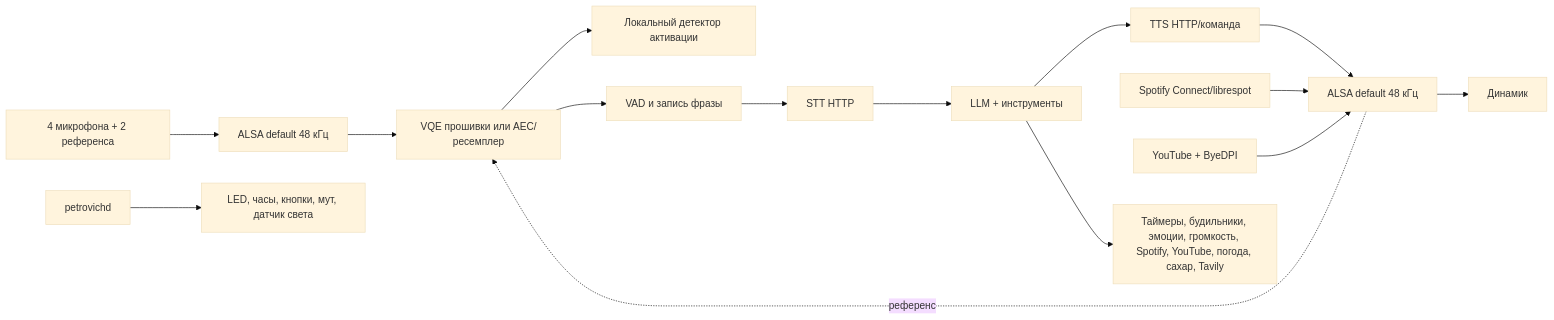
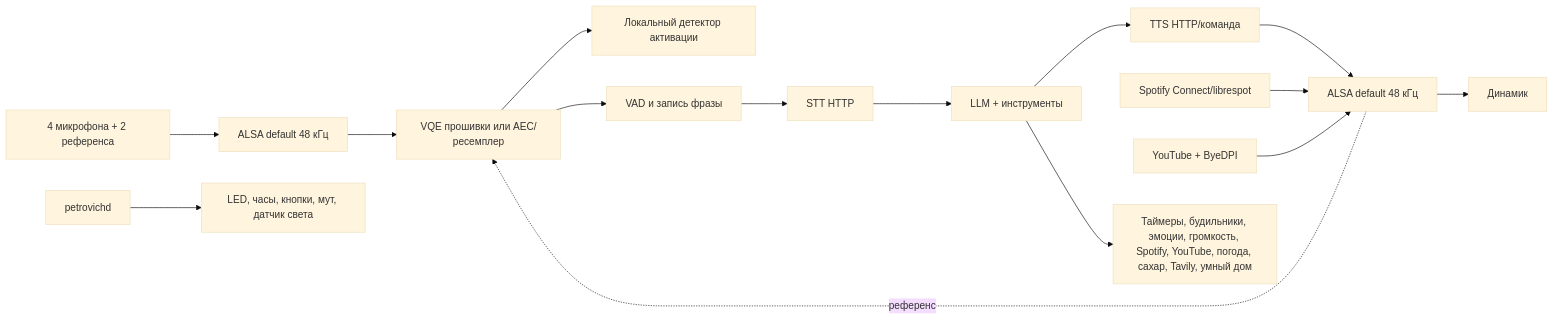
Before and after one commit to makriq-fun/petrovich-assistant: the diagram in README.md, drawn with Mermaid (base theme). The commit also changed other lines of this file and 23 other files, not shown here.

````diff
--- a/README.md
+++ b/README.md
@@ -77,17 +78,17 @@
 ```mermaid
 flowchart LR
     Mic[4 микрофона + 2 референса] --> ALSA[ALSA default 48 кГц]
     ALSA --> VQE[VQE прошивки или AEC/ресемплер]
     VQE --> WW[Локальный детектор активации]
     VQE --> VAD[VAD и запись фразы]
     VAD --> STT[STT HTTP]
     STT --> LLM[LLM + инструменты]
     LLM --> TTS[TTS HTTP/команда]
     TTS --> Play[ALSA default 48 кГц]
     Spotify[Spotify Connect/librespot] --> Play
     YouTube[YouTube + ByeDPI] --> Play
     Play --> Speaker[Динамик]
     Play -. референс .-> VQE
-    LLM --> Tools[Таймеры, будильники, эмоции, громкость, Spotify, YouTube, погода, сахар, Tavily]
+    LLM --> Tools[Таймеры, будильники, эмоции, громкость, Spotify, YouTube, погода, сахар, Tavily, умный дом]
     Daemon[petrovichd] --> HW[LED, часы, кнопки, мут, датчик света]
 ```
````
